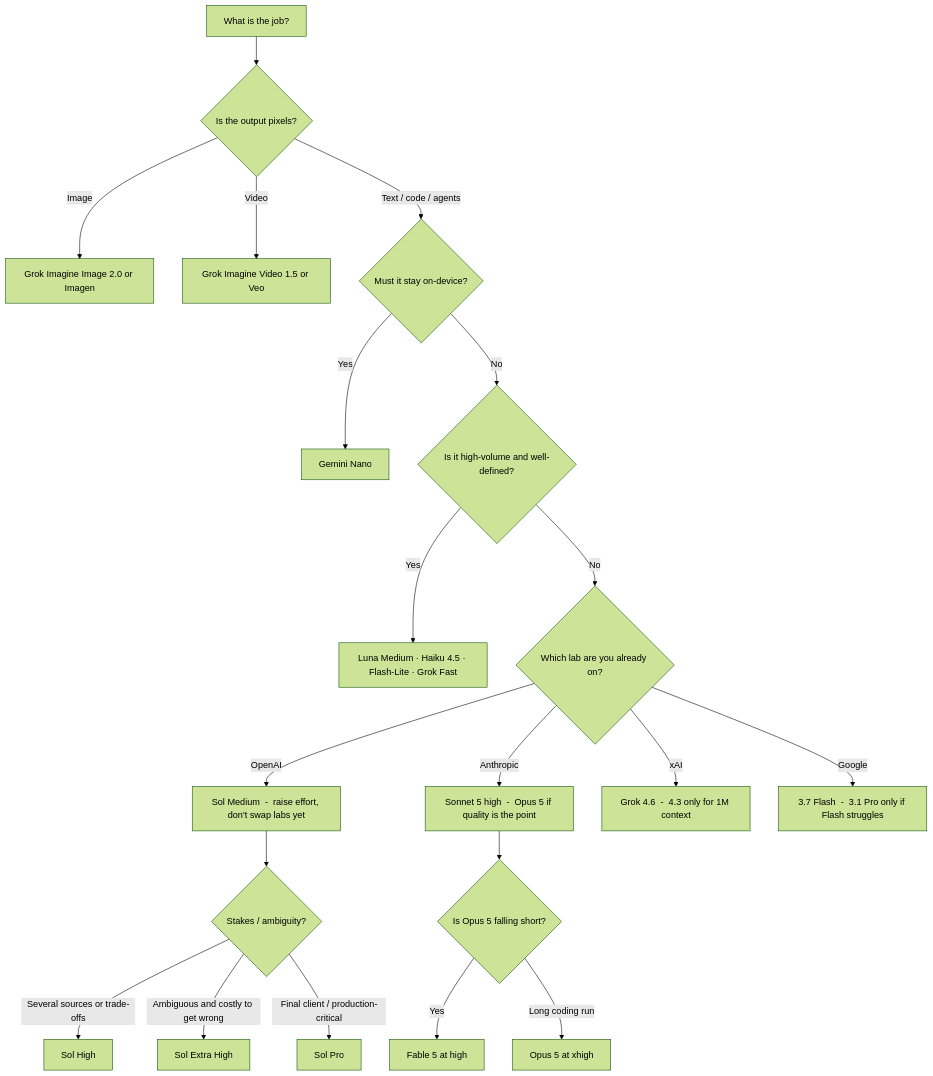
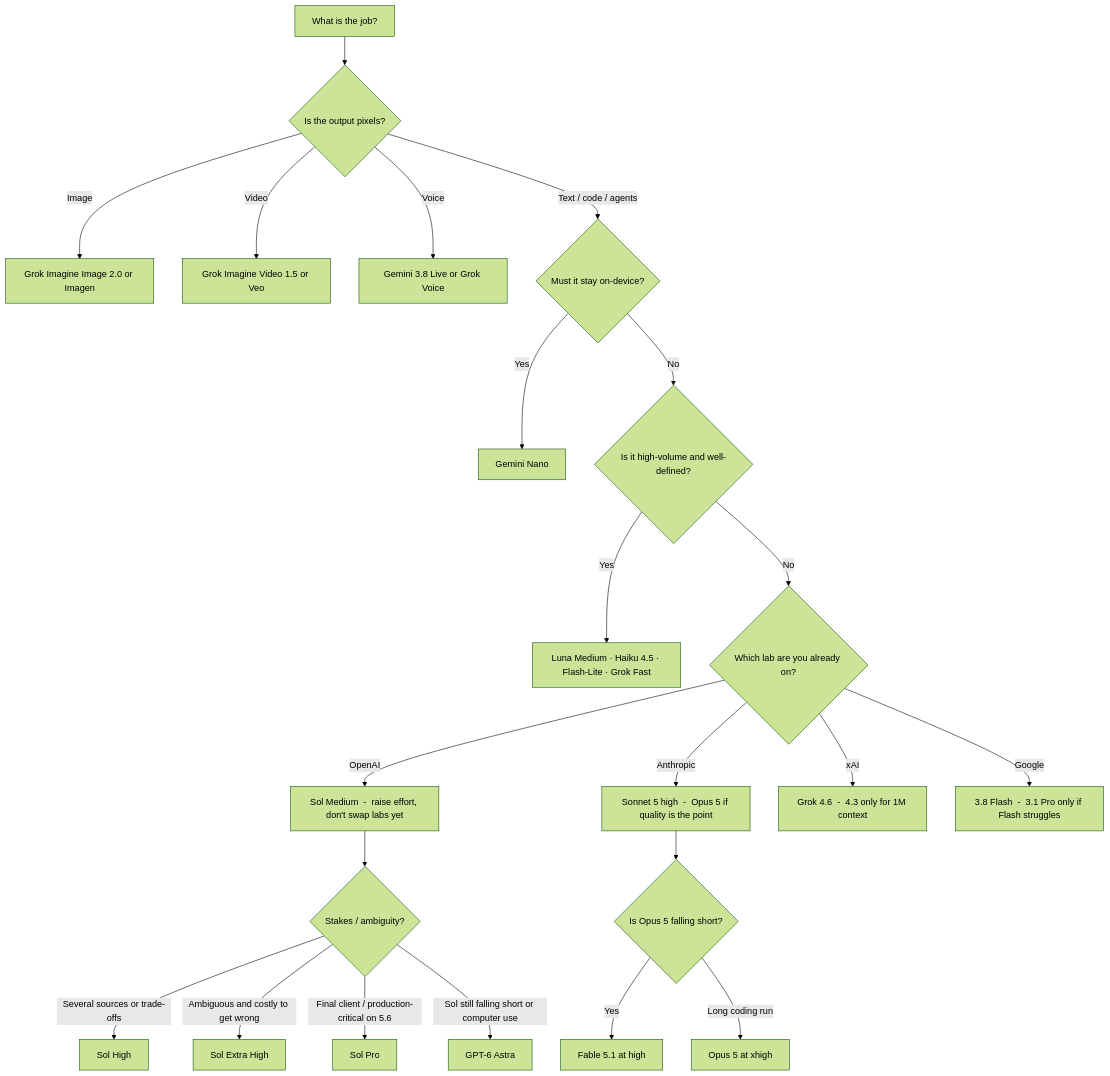
Before and after one commit to itsual/frontier-atlas: the diagram in README.md, drawn with Mermaid (forest theme). The commit also changed other lines of this file, not shown here.

````diff
--- a/README.md
+++ b/README.md
@@ -73,22 +77,24 @@
 ```mermaid
 flowchart TD
   A[What is the job?] --> B{Is the output pixels?}
   B -->|Image| IMG[Grok Imagine Image 2.0 or Imagen]
   B -->|Video| VID[Grok Imagine Video 1.5 or Veo]
+  B -->|Voice| LIVE[Gemini 3.8 Live or Grok Voice]
   B -->|Text / code / agents| C{Must it stay on-device?}
   C -->|Yes| NANO[Gemini Nano]
   C -->|No| D{Is it high-volume and well-defined?}
   D -->|Yes| VOL[Luna Medium · Haiku 4.5 · Flash-Lite · Grok Fast]
   D -->|No| E{Which lab are you already on?}
   E -->|OpenAI| OA[Sol Medium  -  raise effort, don't swap labs yet]
   E -->|Anthropic| AN[Sonnet 5 high  -  Opus 5 if quality is the point]
   E -->|xAI| XA[Grok 4.6  -  4.3 only for 1M context]
-  E -->|Google| GO[3.7 Flash  -  3.1 Pro only if Flash struggles]
+  E -->|Google| GO[3.8 Flash  -  3.1 Pro only if Flash struggles]
   OA --> F{Stakes / ambiguity?}
   F -->|Several sources or trade-offs| SOLH[Sol High]
   F -->|Ambiguous and costly to get wrong| SOLX[Sol Extra High]
-  F -->|Final client / production-critical| SOLP[Sol Pro]
+  F -->|Final client / production-critical on 5.6| SOLP[Sol Pro]
+  F -->|Sol still falling short or computer use| AST[GPT-6 Astra]
   AN --> G{Is Opus 5 falling short?}
-  G -->|Yes| FAB[Fable 5 at high]
+  G -->|Yes| FAB[Fable 5.1 at high]
   G -->|Long coding run| OPX[Opus 5 at xhigh]
 ```
````
